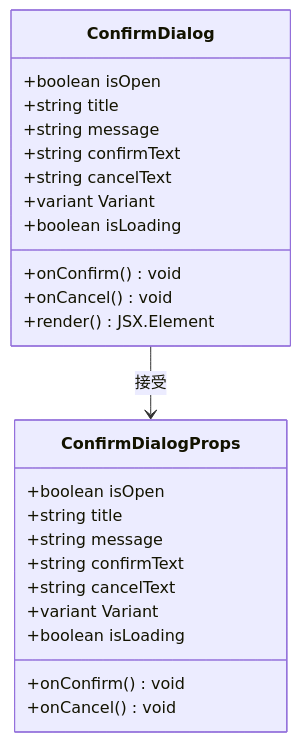
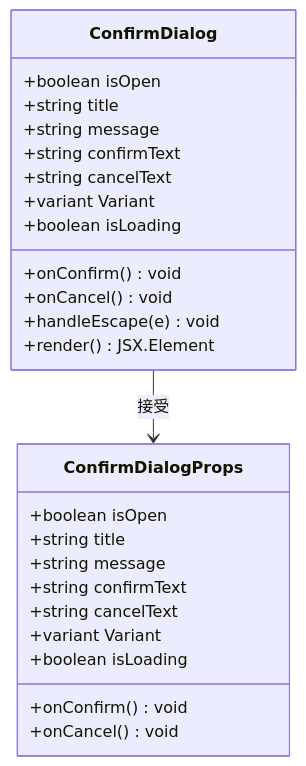
Diagram 12 of 26 in .qoder/repowiki/zh/content/项目概述/整体架构概览/Web应用程序/Web应用程序.md (CryptoLinxu/Web3-AI-Agent), drawn with Mermaid before and after one commit. The commit also changed other lines of this file and 11 other files, not shown here.

````diff
--- a/.qoder/repowiki/zh/content/项目概述/整体架构概览/Web应用程序/Web应用程序.md
+++ b/.qoder/repowiki/zh/content/项目概述/整体架构概览/Web应用程序/Web应用程序.md
@@ -444,27 +457,28 @@
 ```mermaid
 classDiagram
 class ConfirmDialog {
 +boolean isOpen
 +string title
 +string message
 +string confirmText
 +string cancelText
 +variant Variant
 +boolean isLoading
 +onConfirm() void
 +onCancel() void
++handleEscape(e) void
 +render() JSX.Element
 }
 class ConfirmDialogProps {
 +boolean isOpen
 +string title
 +string message
 +string confirmText
 +string cancelText
 +variant Variant
 +boolean isLoading
 +onConfirm() void
 +onCancel() void
 }
 ConfirmDialog --> ConfirmDialogProps : 接受
 ```
````
